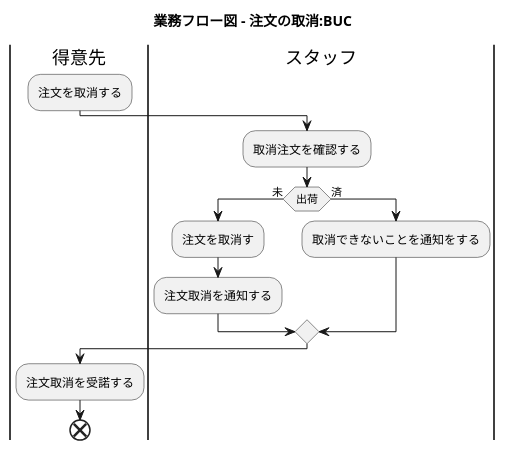
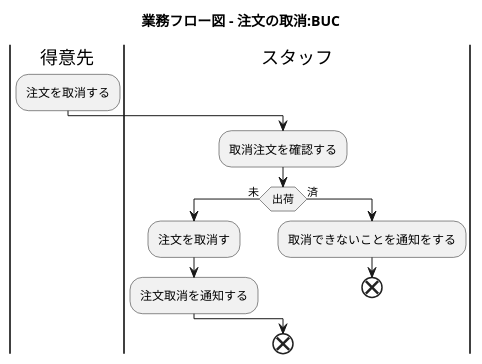
Diagram 12 of 32 in docs/index.adoc (k2works/application_programing_excercise_2022), drawn with PlantUML before and after one commit. The commit also changed other lines of this file, not shown here.

Commit message:
docs: ユースケース複合図

```diff
--- a/docs/index.adoc
+++ b/docs/index.adoc
@@ -436,25 +435,24 @@
 [plantuml]
 ----
 @startuml
 
 title 業務フロー図 - 注文の取消:BUC
 
 |得意先|
 :注文を取消する;
 
 |スタッフ|
 :取消注文を確認する;
 if (出荷) then (未)
  |スタッフ|
  :注文を取消す;
  :注文取消を通知する;
 else (済)
  |スタッフ|
  :取消できないことを通知をする;
+ end
 endif
+end
 
-|得意先|
-:注文取消を受諾する;
-end
 @enduml
 ----
```
